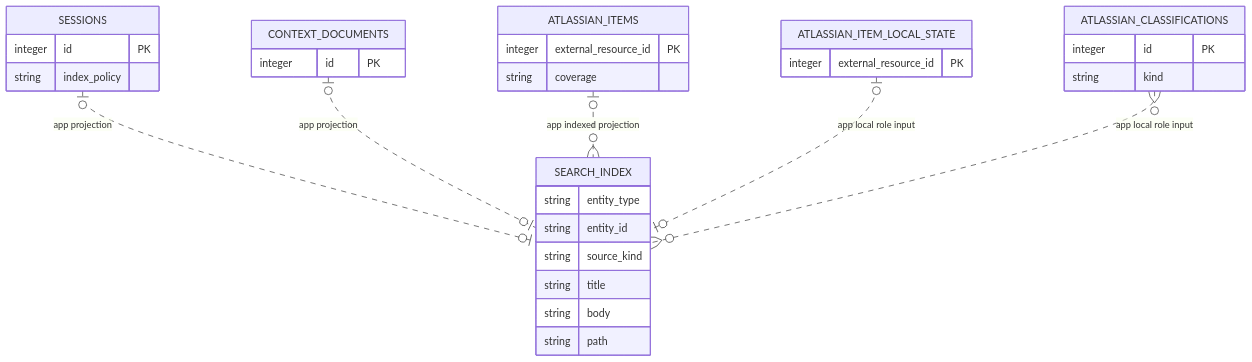
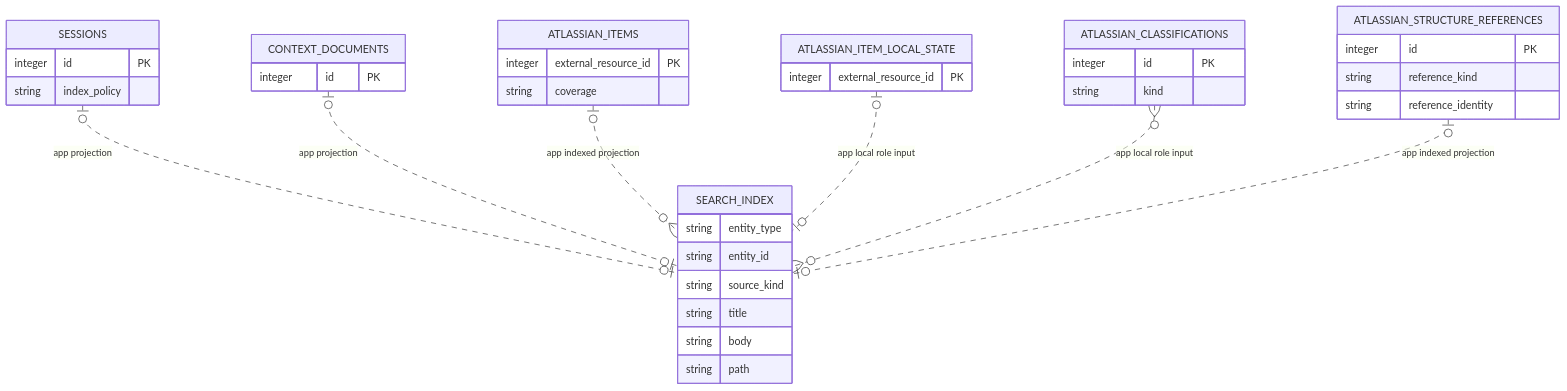
Before and after one commit to chochita0311/local-brain: the diagram in docs/policies/project/data-model/derived-retrieval-index.md, drawn with Mermaid. The commit also changed other lines of this file and 136 other files, not shown here.

````diff
--- a/docs/policies/project/data-model/derived-retrieval-index.md
+++ b/docs/policies/project/data-model/derived-retrieval-index.md
@@ -11,22 +11,24 @@
 ```mermaid
 erDiagram
     SESSIONS { integer id PK string index_policy }
     CONTEXT_DOCUMENTS { integer id PK }
     ATLASSIAN_ITEMS { integer external_resource_id PK string coverage }
     ATLASSIAN_ITEM_LOCAL_STATE { integer external_resource_id PK }
     ATLASSIAN_CLASSIFICATIONS { integer id PK string kind }
+    ATLASSIAN_STRUCTURE_REFERENCES { integer id PK string reference_kind string reference_identity }
     SEARCH_INDEX {
         string entity_type
         string entity_id
         string source_kind
         string title
         string body
         string path
     }
 
     SESSIONS o|..o| SEARCH_INDEX : "app projection"
     CONTEXT_DOCUMENTS o|..o| SEARCH_INDEX : "app projection"
     ATLASSIAN_ITEMS o|..o{ SEARCH_INDEX : "app indexed projection"
     ATLASSIAN_ITEM_LOCAL_STATE o|..o| SEARCH_INDEX : "app local role input"
     ATLASSIAN_CLASSIFICATIONS }o..o{ SEARCH_INDEX : "app local role input"
+    ATLASSIAN_STRUCTURE_REFERENCES o|..o| SEARCH_INDEX : "app indexed projection"
 ```
````
